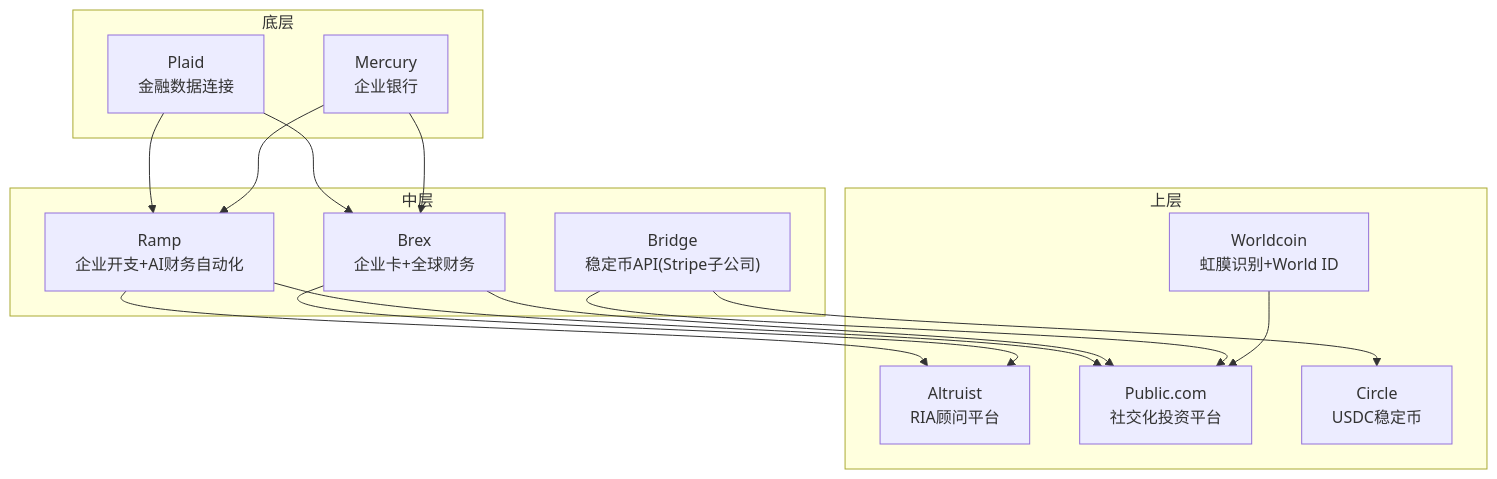
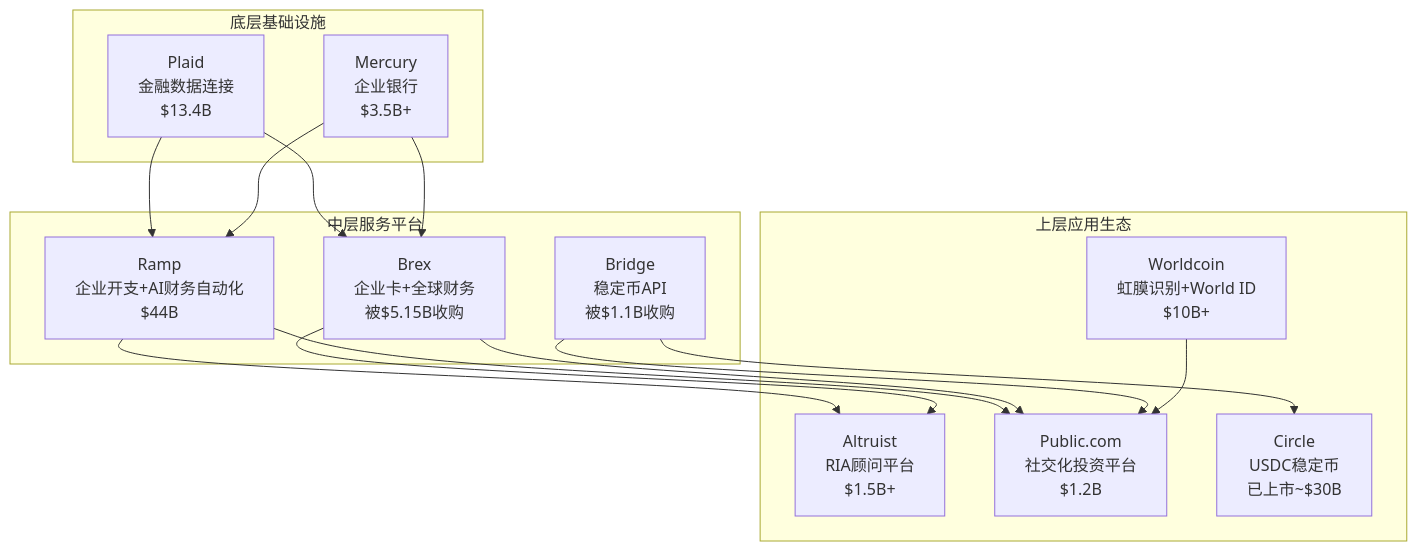
One commit to allengaller/awesome-startups changed the second of 6 diagrams in .qoder/repowiki/zh/content/金融科技/金融科技.md. Above: the diagram before and after it, drawn with Mermaid. The commit also changed other lines of this file and 20 other files, not shown here.

````diff
--- a/.qoder/repowiki/zh/content/金融科技/金融科技.md
+++ b/.qoder/repowiki/zh/content/金融科技/金融科技.md
@@ -54,29 +67,29 @@
 ```mermaid
 graph TB
-subgraph "底层"
-P["Plaid<br/>金融数据连接"]
-M["Mercury<br/>企业银行"]
+subgraph "底层基础设施"
+P["Plaid<br/>金融数据连接<br/>$13.4B"]
+M["Mercury<br/>企业银行<br/>$3.5B+"]
 end
-subgraph "中层"
-R["Ramp<br/>企业开支+AI财务自动化"]
-Bx["Brex<br/>企业卡+全球财务"]
-Br["Bridge<br/>稳定币API(Stripe子公司)"]
+subgraph "中层服务平台"
+R["Ramp<br/>企业开支+AI财务自动化<br/>$44B"]
+Bx["Brex<br/>企业卡+全球财务<br/>被$5.15B收购"]
+Br["Bridge<br/>稳定币API<br/>被$1.1B收购"]
 end
-subgraph "上层"
-A["Altruist<br/>RIA顾问平台"]
-Pu["Public.com<br/>社交化投资平台"]
-C["Circle<br/>USDC稳定币"]
-W["Worldcoin<br/>虹膜识别+World ID"]
+subgraph "上层应用生态"
+A["Altruist<br/>RIA顾问平台<br/>$1.5B+"]
+Pu["Public.com<br/>社交化投资平台<br/>$1.2B"]
+C["Circle<br/>USDC稳定币<br/>已上市~$30B"]
+W["Worldcoin<br/>虹膜识别+World ID<br/>$10B+"]
 end
 P --> R
 P --> Bx
 M --> R
 M --> Bx
 R --> A
 R --> Pu
 Bx --> A
 Bx --> Pu
 Br --> C
 Br --> Pu
 W --> Pu
 ```
````
